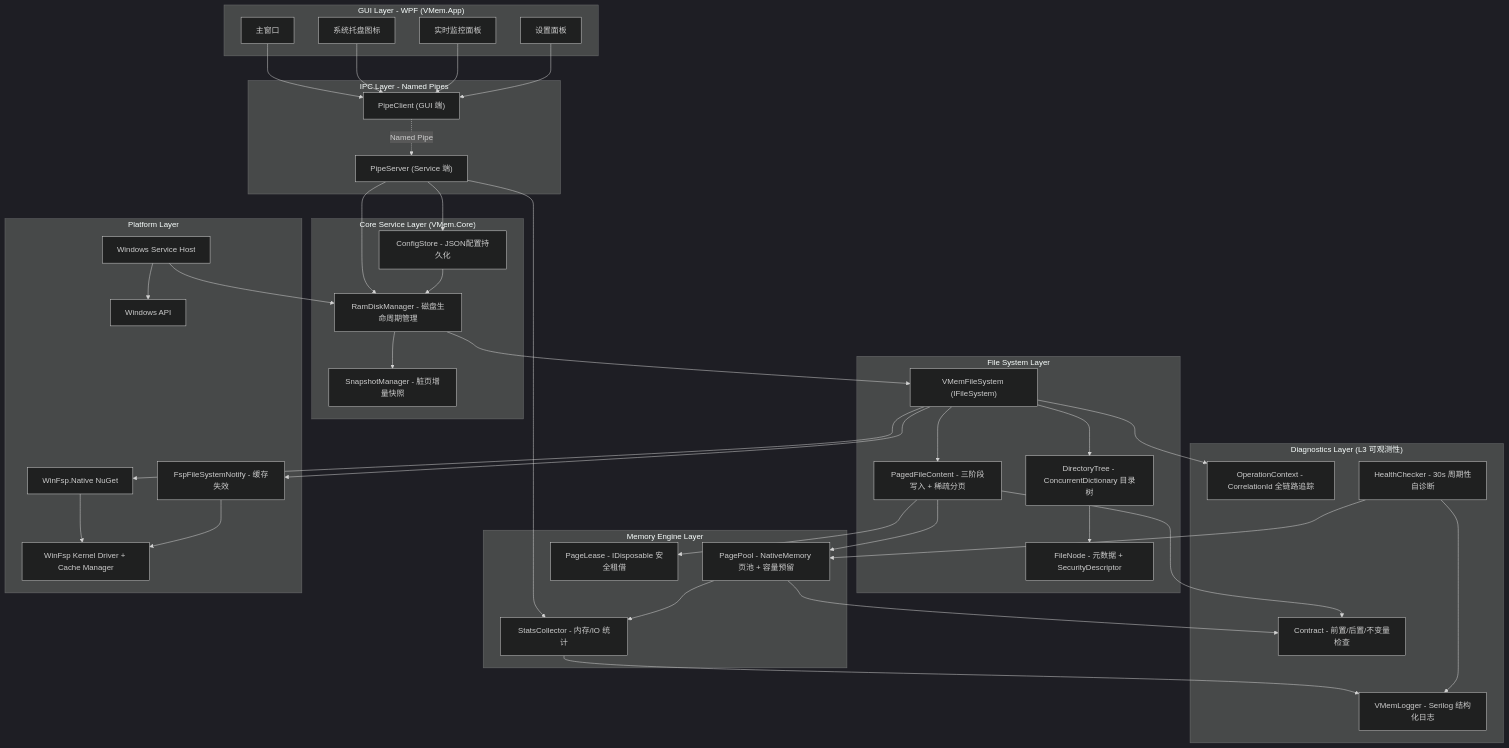
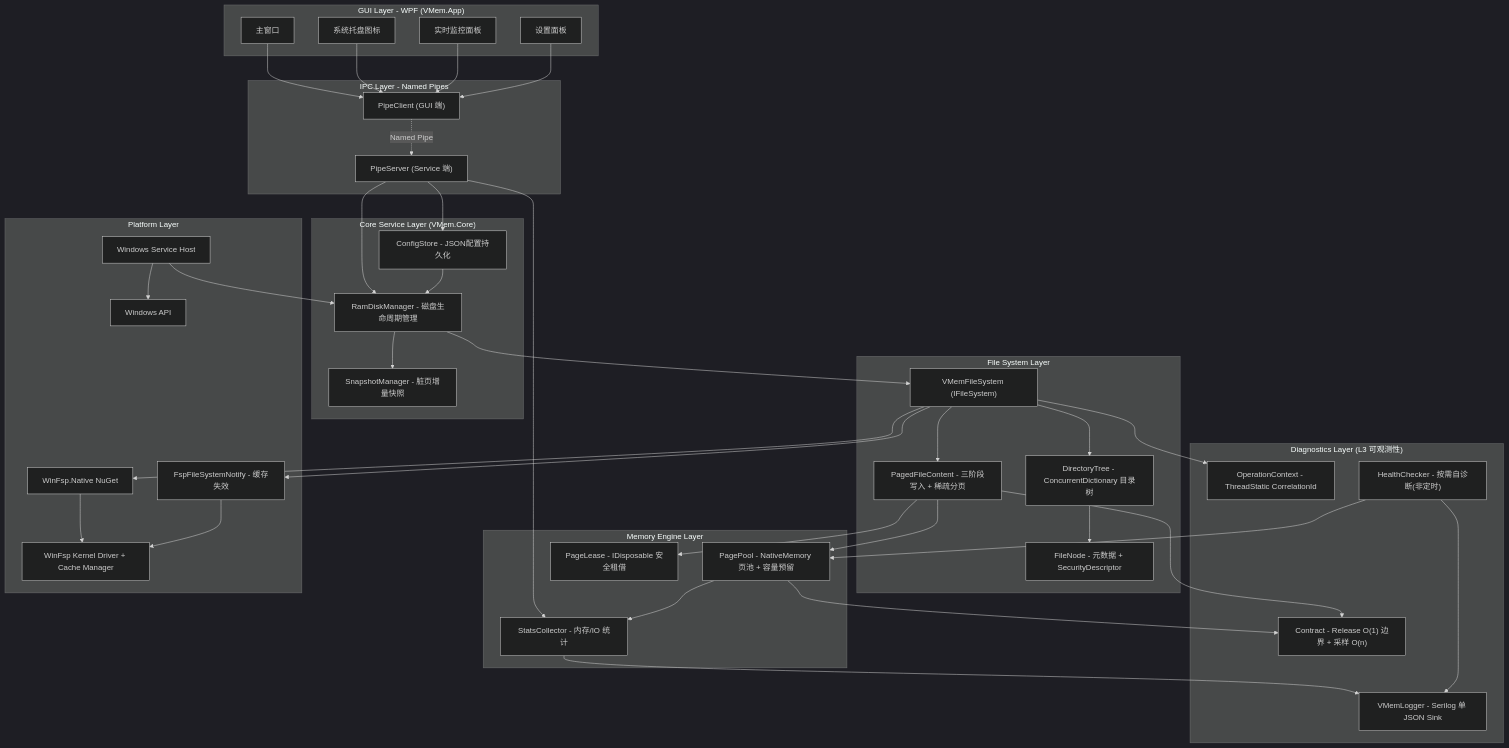
One commit to sunbo008/vmem changed the diagram in docs/vmem_ram_disk_design_031231c8.plan.md. Above: the diagram before and after it, drawn with Mermaid (dark theme). The commit also changed other lines of this file and 7 other files, not shown here.

```diff
--- a/docs/vmem_ram_disk_design_031231c8.plan.md
+++ b/docs/vmem_ram_disk_design_031231c8.plan.md
@@ -123,10 +123,10 @@
     end
 
     subgraph Diagnostics ["Diagnostics Layer (L3 可观测性)"]
-        VMemLogger["VMemLogger - Serilog 结构化日志"]
-        OpContext["OperationContext - CorrelationId 全链路追踪"]
-        ContractCheck["Contract - 前置/后置/不变量检查"]
-        HealthCheck["HealthChecker - 30s 周期性自诊断"]
+        VMemLogger["VMemLogger - Serilog 单 JSON Sink"]
+        OpContext["OperationContext - ThreadStatic CorrelationId"]
+        ContractCheck["Contract - Release O(1) 边界 + 采样 O(n)"]
+        HealthCheck["HealthChecker - 按需自诊断(非定时)"]
     end
 
     subgraph MemoryEngine ["Memory Engine Layer"]
```
